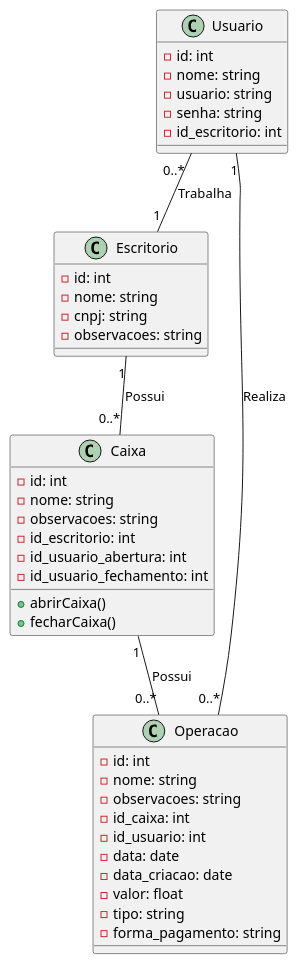
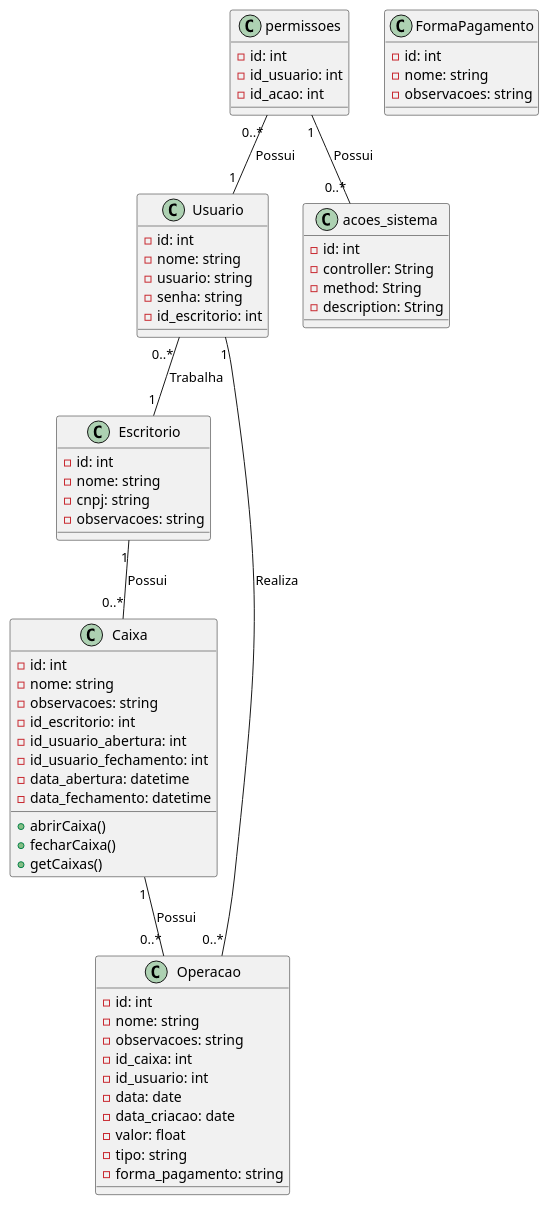
The diagram in diagramas/classes.plantuml (arthurrogado/fluxocaixa), drawn with PlantUML before and after one commit. The commit also changed 2 other files, not shown here.

```diff
--- a/diagramas/classes.plantuml
+++ b/diagramas/classes.plantuml
@@ -1,51 +1,75 @@
 @startuml
 
 class Usuario {
     - id: int
     - nome: string
     - usuario: string
     - senha: string
     - id_escritorio: int
 
 }
 
 class Escritorio {
     - id: int
     - nome: string
     - cnpj: string
     - observacoes: string
 }
 
+class acoes_sistema {
+    - id: int
+    - controller: String
+    - method: String
+    - description: String
+}
+
+class permissoes {
+    - id: int
+    - id_usuario: int
+    - id_acao: int
+}
+
 class Caixa {
     - id: int
     - nome: string
     - observacoes: string
     - id_escritorio: int
     - id_usuario_abertura: int
     - id_usuario_fechamento: int
+    - data_abertura: datetime
+    - data_fechamento: datetime
 
     + abrirCaixa()
-    + fecharCaixa() 
-    ' ao fechar o caixa, o sistema deve gerar um relatório com todas as operações realizadas no dia e abrir de novo.
+    + fecharCaixa()
+    + getCaixas()
 }
 
 class Operacao {
     - id: int
     - nome: string
     - observacoes: string
     - id_caixa: int
     - id_usuario: int
     - data: date
     - data_criacao: date
     - valor: float
     - tipo: string
     - forma_pagamento: string
 }
 
+class FormaPagamento {
+    - id: int
+    - nome: string
+    - observacoes: string
+}
+
+permissoes "1" -- "0..*" acoes_sistema: Possui
+permissoes "0..*" -- "1" Usuario: Possui
+
 Usuario "0..* " -- "1" Escritorio : Trabalha
 Usuario "1" -- "0..*" Operacao: Realiza
 
 Escritorio "1" -- "0..*" Caixa: Possui
 Caixa "1" -- "0..*" Operacao: Possui
 
 @enduml
```
